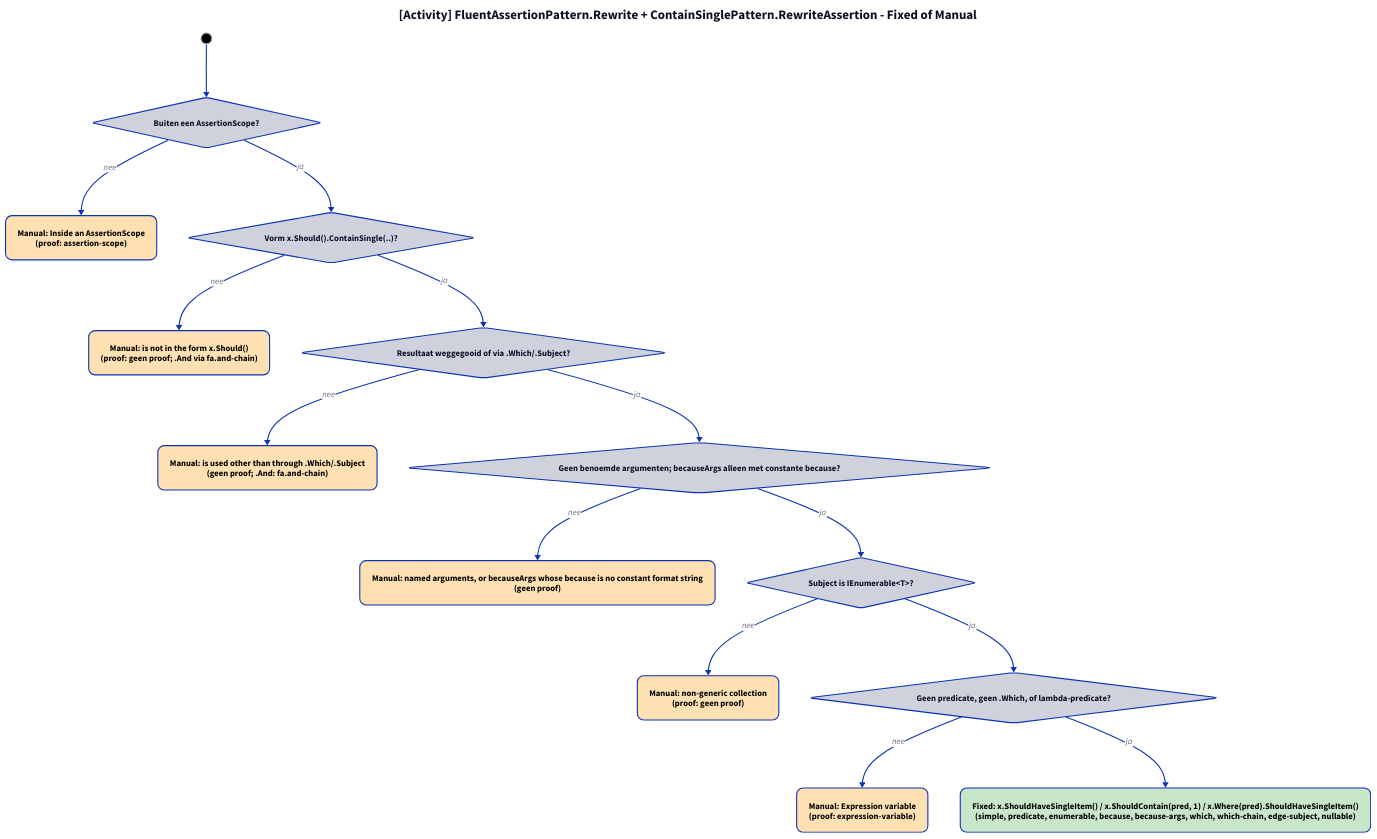
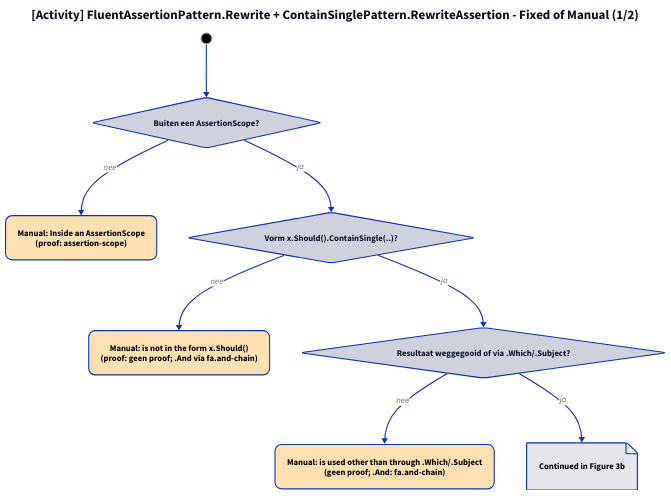
The diagram in docs/projectinfo/patterns/img/fa-contain-single-which-modellen-3.d2 (ATkingma/unshackle), drawn with D2 before and after one commit. The commit also changed 271 other files, not shown here.

```diff
--- a/docs/projectinfo/patterns/img/fa-contain-single-which-modellen-3.d2
+++ b/docs/projectinfo/patterns/img/fa-contain-single-which-modellen-3.d2
@@ -1,29 +1,17 @@
-title: "[Activity] FluentAssertionPattern.Rewrite + ContainSinglePattern.RewriteAssertion - Fixed of Manual" {shape: text; near: top-center; style: {font-size: 24; bold: true}}
+title: "[Activity] FluentAssertionPattern.Rewrite + ContainSinglePattern.RewriteAssertion - Fixed of Manual (1/2)" {shape: text; near: top-center; style: {font-size: 24; bold: true}}
 direction: down
 start: "" {shape: circle; width: 20; style: {fill: black; stroke: "#9ca3af"}}
 q0: "Buiten een AssertionScope?" {shape: diamond}
 m0: "Manual: Inside an AssertionScope\n(proof: assertion-scope)" {style.fill: "#ffe0b2"; style.font-color: "#000000"; style.border-radius: 12}
+q1: "Vorm x.Should().ContainSingle(..)?" {shape: diamond}
+m1: "Manual: is not in the form x.Should()\n(proof: geen proof; .And via fa.and-chain)" {style.fill: "#ffe0b2"; style.font-color: "#000000"; style.border-radius: 12}
+q2: "Resultaat weggegooid of via .Which/.Subject?" {shape: diamond}
+m2: "Manual: is used other than through .Which/.Subject\n(geen proof; .And: fa.and-chain)" {style.fill: "#ffe0b2"; style.font-color: "#000000"; style.border-radius: 12}
+to_next_q3: "Continued in Figure 3b" {shape: page; style: {fill: "#e5e7eb"; font-color: "#000000"}}
 start -> q0
 q0 -> m0: nee
-q1: "Vorm x.Should().ContainSingle(..)?" {shape: diamond}
-m1: "Manual: is not in the form x.Should()\n(proof: geen proof; .And via fa.and-chain)" {style.fill: "#ffe0b2"; style.font-color: "#000000"; style.border-radius: 12}
 q0 -> q1: ja
 q1 -> m1: nee
-q2: "Resultaat weggegooid of via .Which/.Subject?" {shape: diamond}
-m2: "Manual: is used other than through .Which/.Subject\n(geen proof; .And: fa.and-chain)" {style.fill: "#ffe0b2"; style.font-color: "#000000"; style.border-radius: 12}
 q1 -> q2: ja
 q2 -> m2: nee
-q3: "Geen benoemde argumenten; becauseArgs alleen met constante because?" {shape: diamond}
-m3: "Manual: named arguments, or becauseArgs whose because is no constant format string\n(geen proof)" {style.fill: "#ffe0b2"; style.font-color: "#000000"; style.border-radius: 12}
-q2 -> q3: ja
-q3 -> m3: nee
-q4: "Subject is IEnumerable<T>?" {shape: diamond}
-m4: "Manual: non-generic collection\n(proof: geen proof)" {style.fill: "#ffe0b2"; style.font-color: "#000000"; style.border-radius: 12}
-q3 -> q4: ja
-q4 -> m4: nee
-q5: "Geen predicate, geen .Which, of lambda-predicate?" {shape: diamond}
-m5: "Manual: Expression variable\n(proof: expression-variable)" {style.fill: "#ffe0b2"; style.font-color: "#000000"; style.border-radius: 12}
-q4 -> q5: ja
-q5 -> m5: nee
-f0: "Fixed: x.ShouldHaveSingleItem() / x.ShouldContain(pred, 1) / x.Where(pred).ShouldHaveSingleItem()\n(simple, predicate, enumerable, because, because-args, which, which-chain, edge-subject, nullable)" {style.fill: "#c8e6c9"; style.font-color: "#000000"; style.border-radius: 12}
-q5 -> f0: ja
+q2 -> to_next_q3: ja
```
